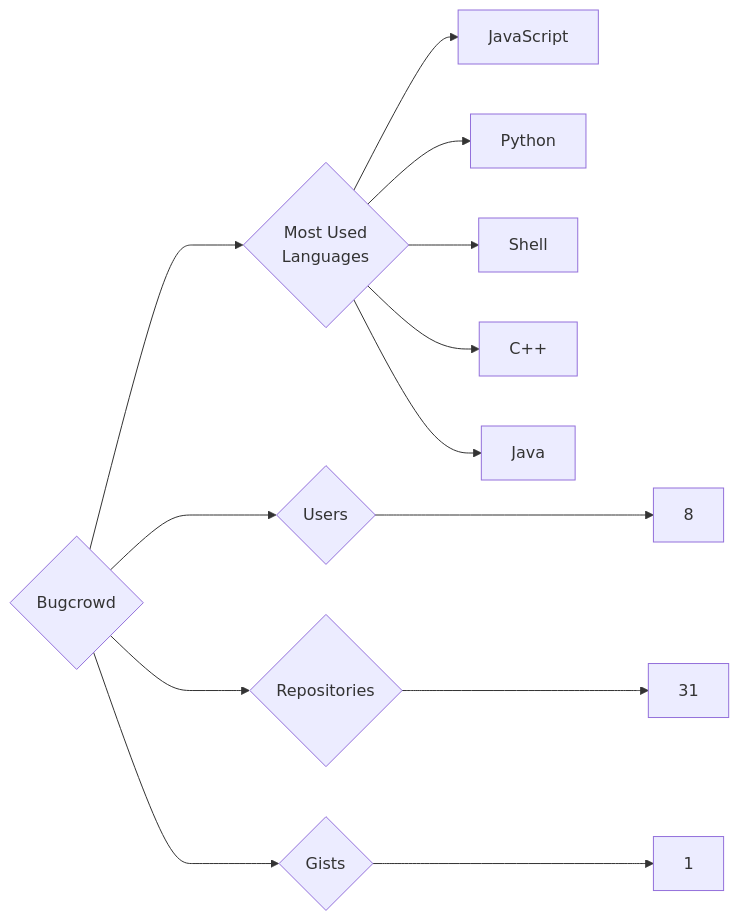
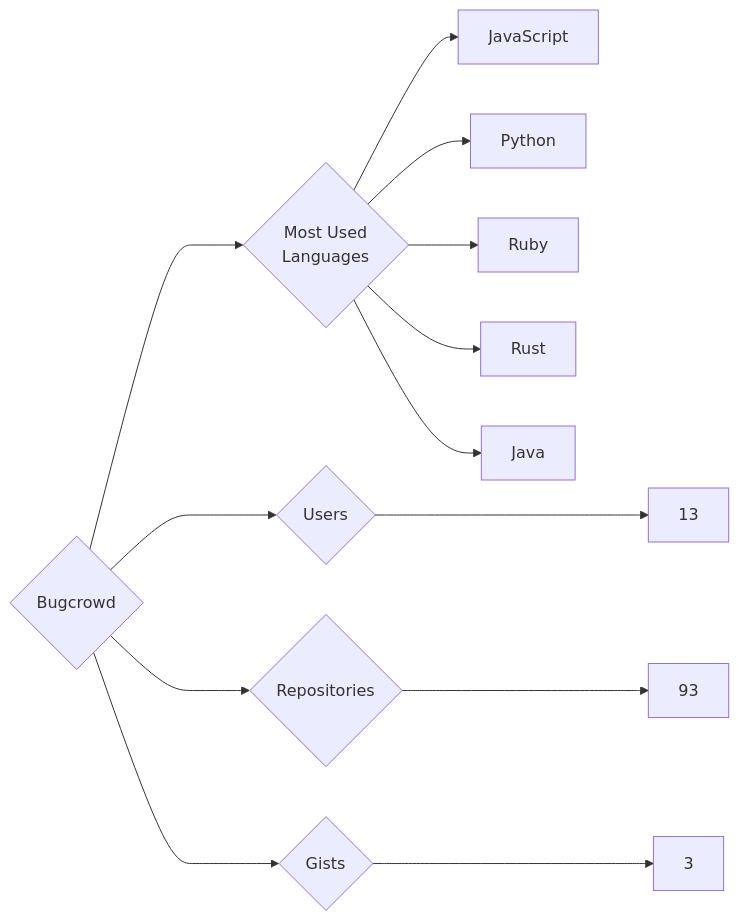
Before and after one commit to trickest/insiders: the diagram in targets/Bugcrowd/README.md, drawn with Mermaid. The commit also changed 1092 other files, not shown here.

````diff
--- a/targets/Bugcrowd/README.md
+++ b/targets/Bugcrowd/README.md
@@ -3,13 +3,13 @@
 ```mermaid
 graph LR
 COMPANY_NAME{Bugcrowd}
-COMPANY_NAME ---> U{Users} ---> UN[8]
-COMPANY_NAME ---> R{Repositories} ---> RN[31]
-COMPANY_NAME ---> G{Gists} ---> GN[1]
+COMPANY_NAME ---> U{Users} ---> UN[13]
+COMPANY_NAME ---> R{Repositories} ---> RN[93]
+COMPANY_NAME ---> G{Gists} ---> GN[3]
 COMPANY_NAME ---> ML{Most Used<br>Languages}
 ML --> JavaScript[JavaScript]
 ML --> Python[Python]
-ML --> Shell[Shell]
-ML --> C++[C++]
+ML --> Ruby[Ruby]
+ML --> Rust[Rust]
 ML --> Java[Java]
 ```
````
